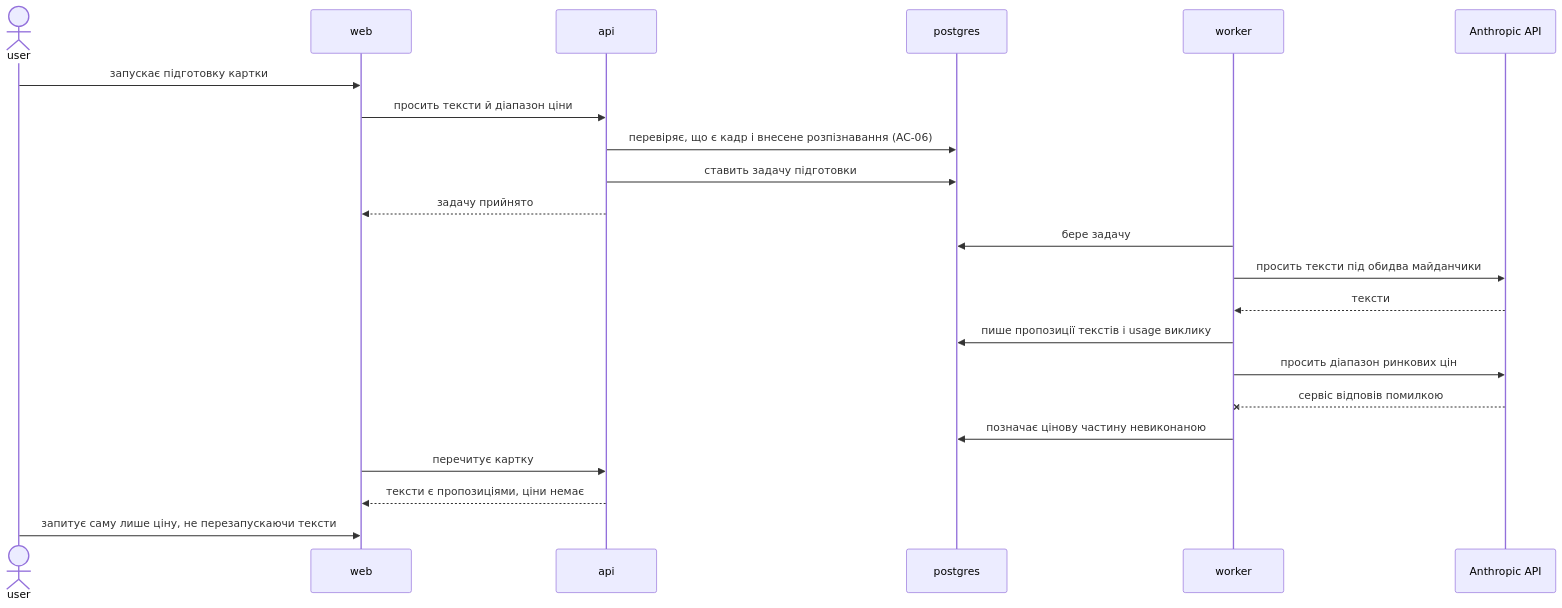
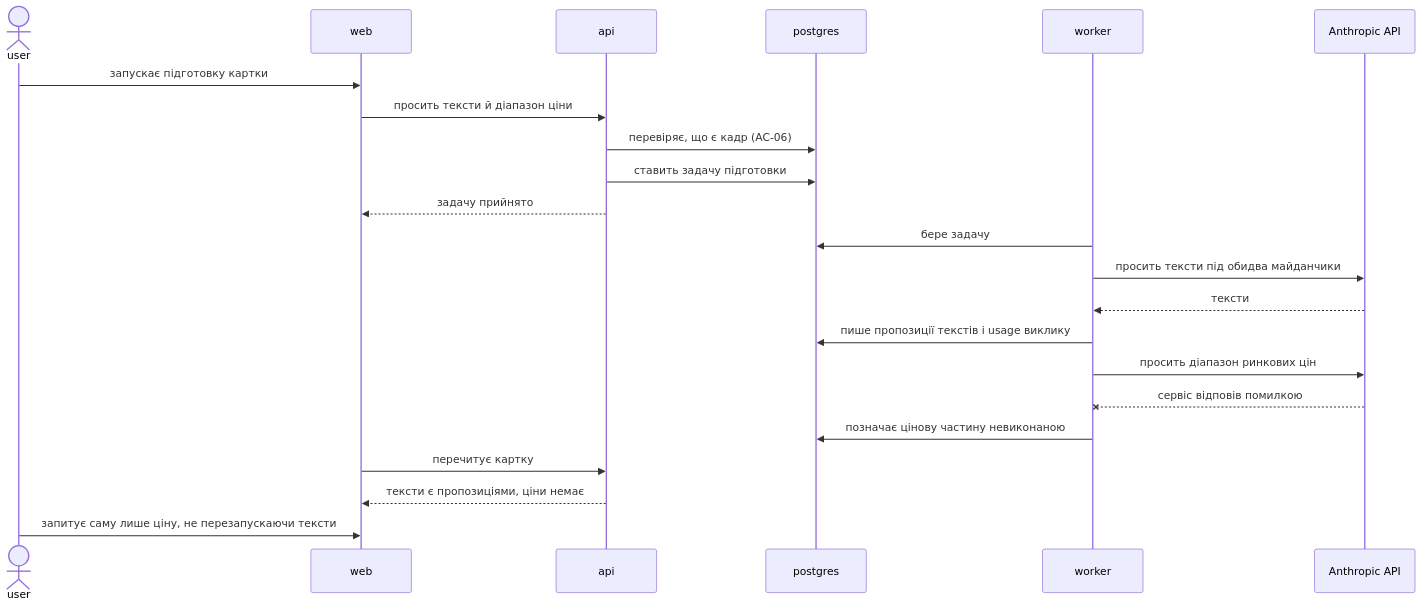
The seventh of 12 diagrams in docs/features/product-creation-flow/sad.md (sergy-litkovskiy/mouse-springconsult), drawn with Mermaid before and after one commit. The commit also changed other lines of this file and 26 other files, not shown here.

Commit message:
update add/edit product flow

````diff
--- a/docs/features/product-creation-flow/sad.md
+++ b/docs/features/product-creation-flow/sad.md
@@ -468,25 +513,25 @@
 ```mermaid
 sequenceDiagram
     actor user
     participant web
     participant api
     participant pg as postgres
     participant worker
     participant anthropic as Anthropic API
 
     user->>web: запускає підготовку картки
     web->>api: просить тексти й діапазон ціни
-    api->>pg: перевіряє, що є кадр і внесене розпізнавання (AC-06)
+    api->>pg: перевіряє, що є кадр (AC-06)
     api->>pg: ставить задачу підготовки
     api-->>web: задачу прийнято
     worker->>pg: бере задачу
     worker->>anthropic: просить тексти під обидва майданчики
     anthropic-->>worker: тексти
     worker->>pg: пише пропозиції текстів і usage виклику
     worker->>anthropic: просить діапазон ринкових цін
     anthropic--xworker: сервіс відповів помилкою
     worker->>pg: позначає цінову частину невиконаною
     web->>api: перечитує картку
     api-->>web: тексти є пропозиціями, ціни немає
     user->>web: запитує саму лише ціну, не перезапускаючи тексти
 ```
````
